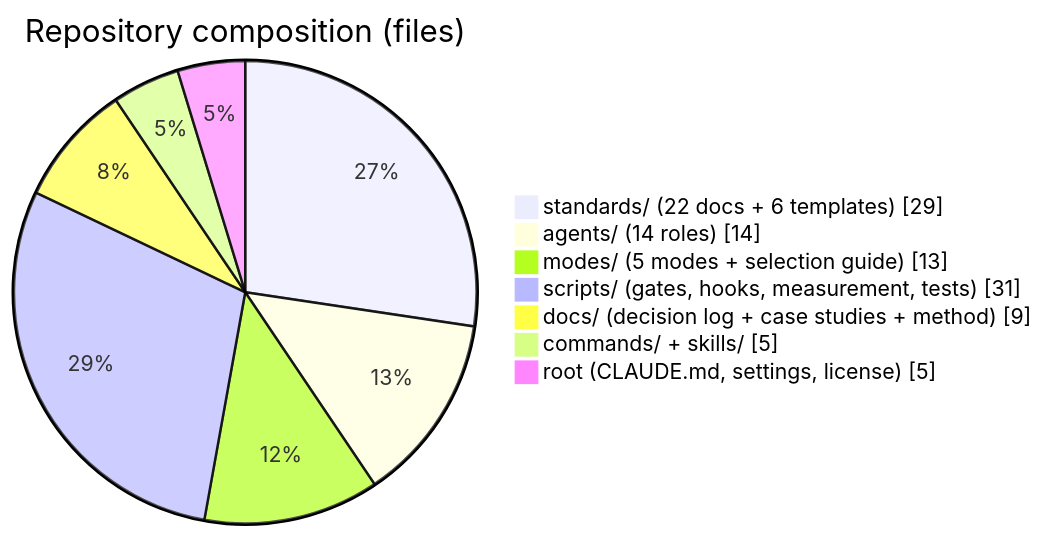
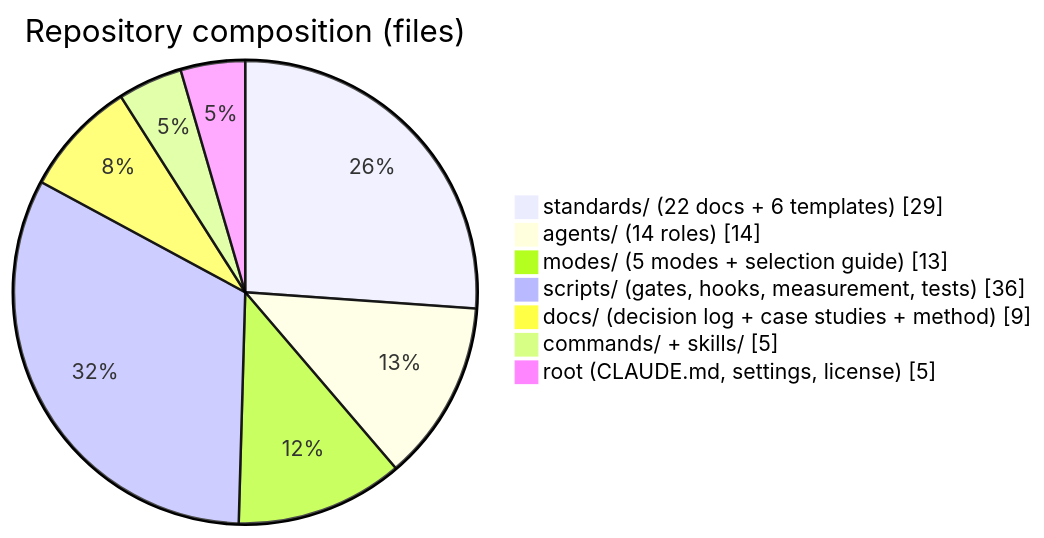
The first of 2 diagrams in README.md (adyusuf/claude-code-standards), drawn with Mermaid before and after one commit. The commit also changed other lines of this file and 11 other files, not shown here.

````diff
--- a/README.md
+++ b/README.md
@@ -18,10 +18,10 @@
 ```mermaid
 pie showData title Repository composition (files)
  "standards/ (22 docs + 6 templates)" : 29
  "agents/ (14 roles)" : 14
  "modes/ (5 modes + selection guide)" : 13
- "scripts/ (gates, hooks, measurement, tests)" : 31
+ "scripts/ (gates, hooks, measurement, tests)" : 36
  "docs/ (decision log + case studies + method)" : 9
  "commands/ + skills/" : 5
  "root (CLAUDE.md, settings, license)" : 5
 ```
````
